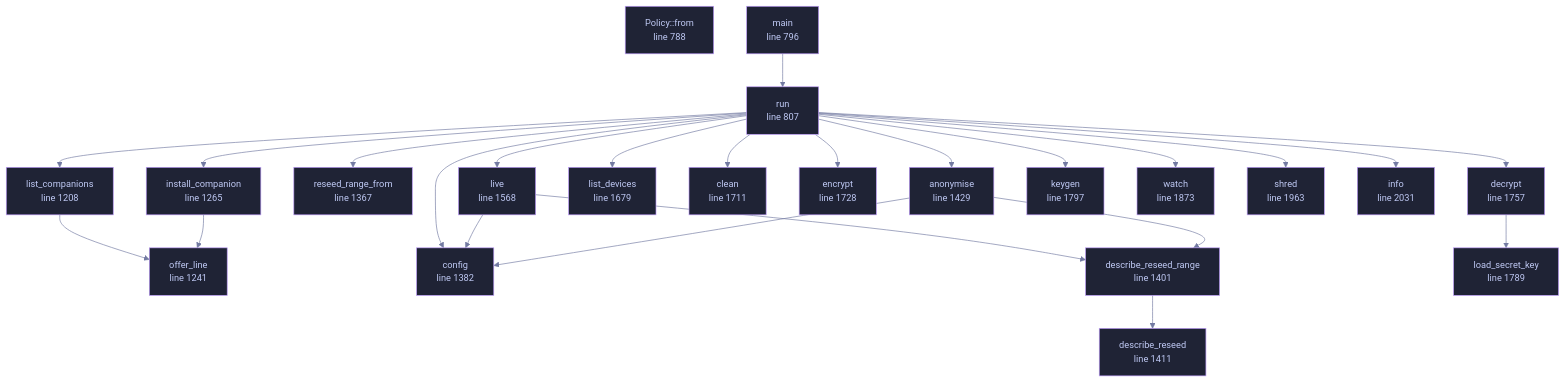
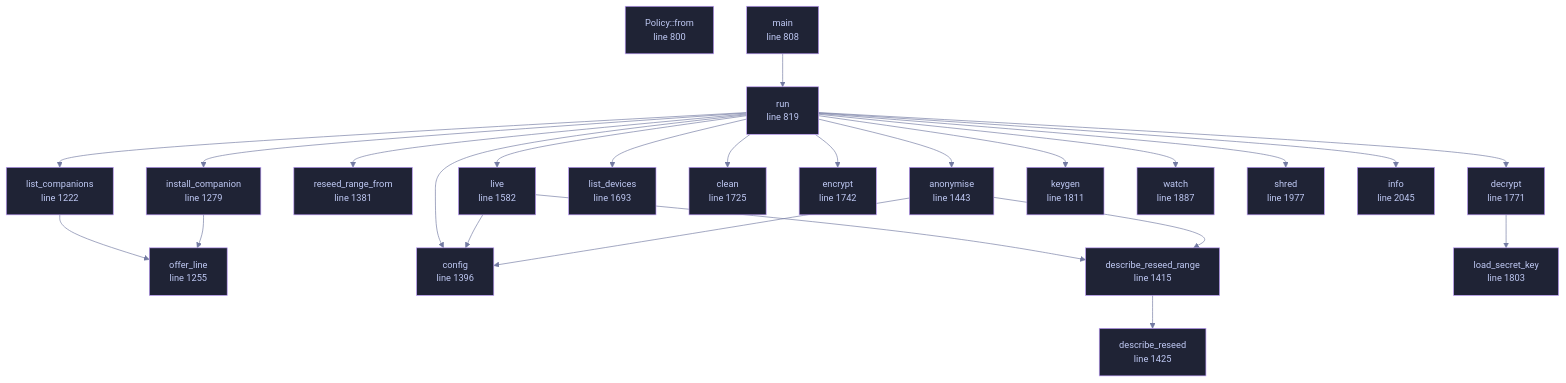
The diagram in wiki/File-veilvoice-cli-main.md (tilas01/veilvoice), drawn with Mermaid before and after one commit. The commit also changed other lines of this file and 42 other files, not shown here.

````diff
--- a/wiki/File-veilvoice-cli-main.md
+++ b/wiki/File-veilvoice-cli-main.md
@@ -115,71 +115,71 @@
 ```mermaid
 %%{init: {"theme":"base","themeVariables":{"background":"#1a1b26","primaryColor":"#1f2335","primaryTextColor":"#c0caf5","primaryBorderColor":"#7aa2f7","secondaryColor":"#16161e","tertiaryColor":"#16161e","lineColor":"#737aa2","textColor":"#c0caf5","mainBkg":"#1f2335","nodeBorder":"#7aa2f7","clusterBkg":"#16161e","clusterBorder":"#2f3549","fontFamily":"ui-monospace, SFMono-Regular, Consolas, monospace","fontSize":"14px"}}}%%
 flowchart TD
-    n_from["Policy::from<br/>line 788"]
-    n_main["main<br/>line 796"]
-    n_run["run<br/>line 807"]
-    n_list_companions["list_companions<br/>line 1208"]
-    n_offer_line["offer_line<br/>line 1241"]
-    n_install_companion["install_companion<br/>line 1265"]
-    n_reseed_range_from["reseed_range_from<br/>line 1367"]
-    n_config["config<br/>line 1382"]
-    n_describe_reseed_range["describe_reseed_range<br/>line 1401"]
-    n_describe_reseed["describe_reseed<br/>line 1411"]
-    n_anonymise["anonymise<br/>line 1429"]
-    n_live["live<br/>line 1568"]
-    n_list_devices["list_devices<br/>line 1679"]
-    n_clean["clean<br/>line 1711"]
-    n_encrypt["encrypt<br/>line 1728"]
-    n_decrypt["decrypt<br/>line 1757"]
-    n_load_secret_key["load_secret_key<br/>line 1789"]
-    n_keygen["keygen<br/>line 1797"]
-    n_watch["watch<br/>line 1873"]
-    n_shred["shred<br/>line 1963"]
-    n_info["info<br/>line 2031"]
+    n_from["Policy::from<br/>line 800"]
+    n_main["main<br/>line 808"]
+    n_run["run<br/>line 819"]
+    n_list_companions["list_companions<br/>line 1222"]
+    n_offer_line["offer_line<br/>line 1255"]
+    n_install_companion["install_companion<br/>line 1279"]
+    n_reseed_range_from["reseed_range_from<br/>line 1381"]
+    n_config["config<br/>line 1396"]
+    n_describe_reseed_range["describe_reseed_range<br/>line 1415"]
+    n_describe_reseed["describe_reseed<br/>line 1425"]
+    n_anonymise["anonymise<br/>line 1443"]
+    n_live["live<br/>line 1582"]
+    n_list_devices["list_devices<br/>line 1693"]
+    n_clean["clean<br/>line 1725"]
+    n_encrypt["encrypt<br/>line 1742"]
+    n_decrypt["decrypt<br/>line 1771"]
+    n_load_secret_key["load_secret_key<br/>line 1803"]
+    n_keygen["keygen<br/>line 1811"]
+    n_watch["watch<br/>line 1887"]
+    n_shred["shred<br/>line 1977"]
+    n_info["info<br/>line 2045"]
     n_anonymise --> n_config
     n_anonymise --> n_describe_reseed_range
     n_decrypt --> n_load_secret_key
     n_describe_reseed_range --> n_describe_reseed
     n_install_companion --> n_offer_line
     n_list_companions --> n_offer_line
     n_live --> n_config
     n_live --> n_describe_reseed_range
     n_main --> n_run
     n_run --> n_anonymise
     n_run --> n_clean
     n_run --> n_config
     n_run --> n_decrypt
     n_run --> n_encrypt
     n_run --> n_info
     n_run --> n_install_companion
     n_run --> n_keygen
     n_run --> n_list_companions
     n_run --> n_list_devices
     n_run --> n_live
     n_run --> n_reseed_range_from
     n_run --> n_shred
     n_run --> n_watch
-    click n_from href "https://github.com/tilas01/veilvoice/blob/main/crates/veilvoice-cli/src/main.rs#L788" "open the source"
-    click n_main href "https://github.com/tilas01/veilvoice/blob/main/crates/veilvoice-cli/src/main.rs#L796" "open the source"
-    click n_run href "https://github.com/tilas01/veilvoice/blob/main/crates/veilvoice-cli/src/main.rs#L807" "open the source"
-    click n_list_companions href "https://github.com/tilas01/veilvoice/blob/main/crates/veilvoice-cli/src/main.rs#L1208" "open the source"
-    click n_offer_line href "https://github.com/tilas01/veilvoice/blob/main/crates/veilvoice-cli/src/main.rs#L1241" "open the source"
-    click n_install_companion href "https://github.com/tilas01/veilvoice/blob/main/crates/veilvoice-cli/src/main.rs#L1265" "open the source"
-    click n_reseed_range_from href "https://github.com/tilas01/veilvoice/blob/main/crates/veilvoice-cli/src/main.rs#L1367" "open the source"
-    click n_config href "https://github.com/tilas01/veilvoice/blob/main/crates/veilvoice-cli/src/main.rs#L1382" "open the source"
-    click n_describe_reseed_range href "https://github.com/tilas01/veilvoice/blob/main/crates/veilvoice-cli/src/main.rs#L1401" "open the source"
-    click n_describe_reseed href "https://github.com/tilas01/veilvoice/blob/main/crates/veilvoice-cli/src/main.rs#L1411" "open the source"
-    click n_anonymise href "https://github.com/tilas01/veilvoice/blob/main/crates/veilvoice-cli/src/main.rs#L1429" "open the source"
-    click n_live href "https://github.com/tilas01/veilvoice/blob/main/crates/veilvoice-cli/src/main.rs#L1568" "open the source"
-    click n_list_devices href "https://github.com/tilas01/veilvoice/blob/main/crates/veilvoice-cli/src/main.rs#L1679" "open the source"
-    click n_clean href "https://github.com/tilas01/veilvoice/blob/main/crates/veilvoice-cli/src/main.rs#L1711" "open the source"
-    click n_encrypt href "https://github.com/tilas01/veilvoice/blob/main/crates/veilvoice-cli/src/main.rs#L1728" "open the source"
-    click n_decrypt href "https://github.com/tilas01/veilvoice/blob/main/crates/veilvoice-cli/src/main.rs#L1757" "open the source"
-    click n_load_secret_key href "https://github.com/tilas01/veilvoice/blob/main/crates/veilvoice-cli/src/main.rs#L1789" "open the source"
-    click n_keygen href "https://github.com/tilas01/veilvoice/blob/main/crates/veilvoice-cli/src/main.rs#L1797" "open the source"
-    click n_watch href "https://github.com/tilas01/veilvoice/blob/main/crates/veilvoice-cli/src/main.rs#L1873" "open the source"
-    click n_shred href "https://github.com/tilas01/veilvoice/blob/main/crates/veilvoice-cli/src/main.rs#L1963" "open the source"
-    click n_info href "https://github.com/tilas01/veilvoice/blob/main/crates/veilvoice-cli/src/main.rs#L2031" "open the source"
+    click n_from href "https://github.com/tilas01/veilvoice/blob/main/crates/veilvoice-cli/src/main.rs#L800" "open the source"
+    click n_main href "https://github.com/tilas01/veilvoice/blob/main/crates/veilvoice-cli/src/main.rs#L808" "open the source"
+    click n_run href "https://github.com/tilas01/veilvoice/blob/main/crates/veilvoice-cli/src/main.rs#L819" "open the source"
+    click n_list_companions href "https://github.com/tilas01/veilvoice/blob/main/crates/veilvoice-cli/src/main.rs#L1222" "open the source"
+    click n_offer_line href "https://github.com/tilas01/veilvoice/blob/main/crates/veilvoice-cli/src/main.rs#L1255" "open the source"
+    click n_install_companion href "https://github.com/tilas01/veilvoice/blob/main/crates/veilvoice-cli/src/main.rs#L1279" "open the source"
+    click n_reseed_range_from href "https://github.com/tilas01/veilvoice/blob/main/crates/veilvoice-cli/src/main.rs#L1381" "open the source"
+    click n_config href "https://github.com/tilas01/veilvoice/blob/main/crates/veilvoice-cli/src/main.rs#L1396" "open the source"
+    click n_describe_reseed_range href "https://github.com/tilas01/veilvoice/blob/main/crates/veilvoice-cli/src/main.rs#L1415" "open the source"
+    click n_describe_reseed href "https://github.com/tilas01/veilvoice/blob/main/crates/veilvoice-cli/src/main.rs#L1425" "open the source"
+    click n_anonymise href "https://github.com/tilas01/veilvoice/blob/main/crates/veilvoice-cli/src/main.rs#L1443" "open the source"
+    click n_live href "https://github.com/tilas01/veilvoice/blob/main/crates/veilvoice-cli/src/main.rs#L1582" "open the source"
+    click n_list_devices href "https://github.com/tilas01/veilvoice/blob/main/crates/veilvoice-cli/src/main.rs#L1693" "open the source"
+    click n_clean href "https://github.com/tilas01/veilvoice/blob/main/crates/veilvoice-cli/src/main.rs#L1725" "open the source"
+    click n_encrypt href "https://github.com/tilas01/veilvoice/blob/main/crates/veilvoice-cli/src/main.rs#L1742" "open the source"
+    click n_decrypt href "https://github.com/tilas01/veilvoice/blob/main/crates/veilvoice-cli/src/main.rs#L1771" "open the source"
+    click n_load_secret_key href "https://github.com/tilas01/veilvoice/blob/main/crates/veilvoice-cli/src/main.rs#L1803" "open the source"
+    click n_keygen href "https://github.com/tilas01/veilvoice/blob/main/crates/veilvoice-cli/src/main.rs#L1811" "open the source"
+    click n_watch href "https://github.com/tilas01/veilvoice/blob/main/crates/veilvoice-cli/src/main.rs#L1887" "open the source"
+    click n_shred href "https://github.com/tilas01/veilvoice/blob/main/crates/veilvoice-cli/src/main.rs#L1977" "open the source"
+    click n_info href "https://github.com/tilas01/veilvoice/blob/main/crates/veilvoice-cli/src/main.rs#L2045" "open the source"
     classDef helper fill:#1f2335,stroke:#bb9af7,color:#c0caf5
     class n_from,n_main,n_run,n_list_companions,n_offer_line,n_install_companion,n_reseed_range_from,n_config,n_describe_reseed_range,n_describe_reseed,n_anonymise,n_live,n_list_devices,n_clean,n_encrypt,n_decrypt,n_load_secret_key,n_keygen,n_watch,n_shred,n_info helper
 ```
````
